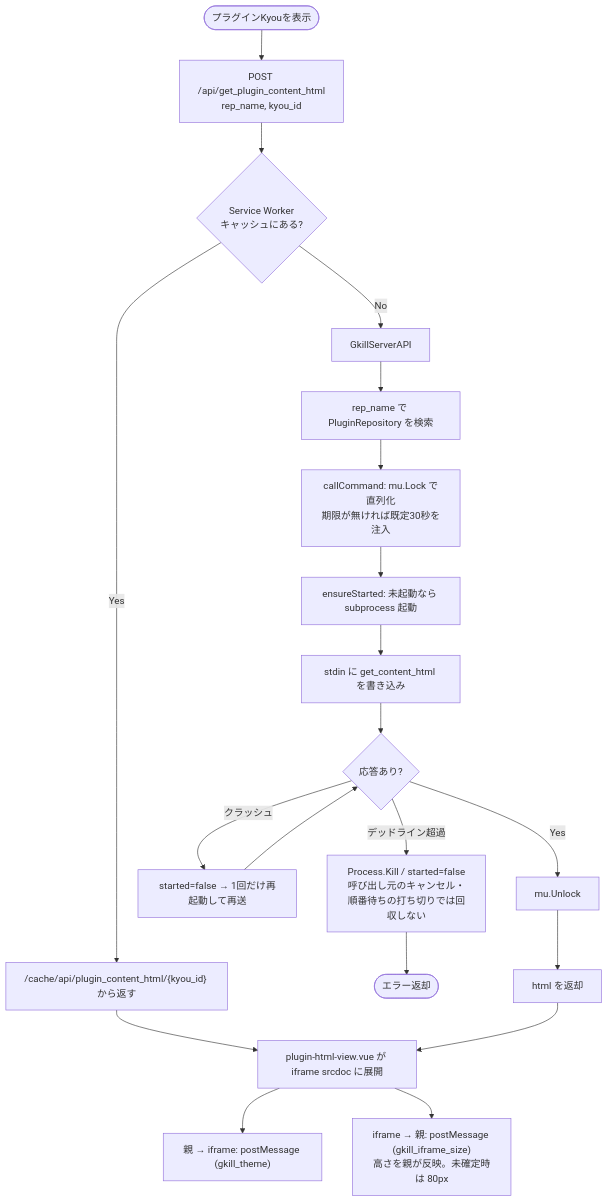
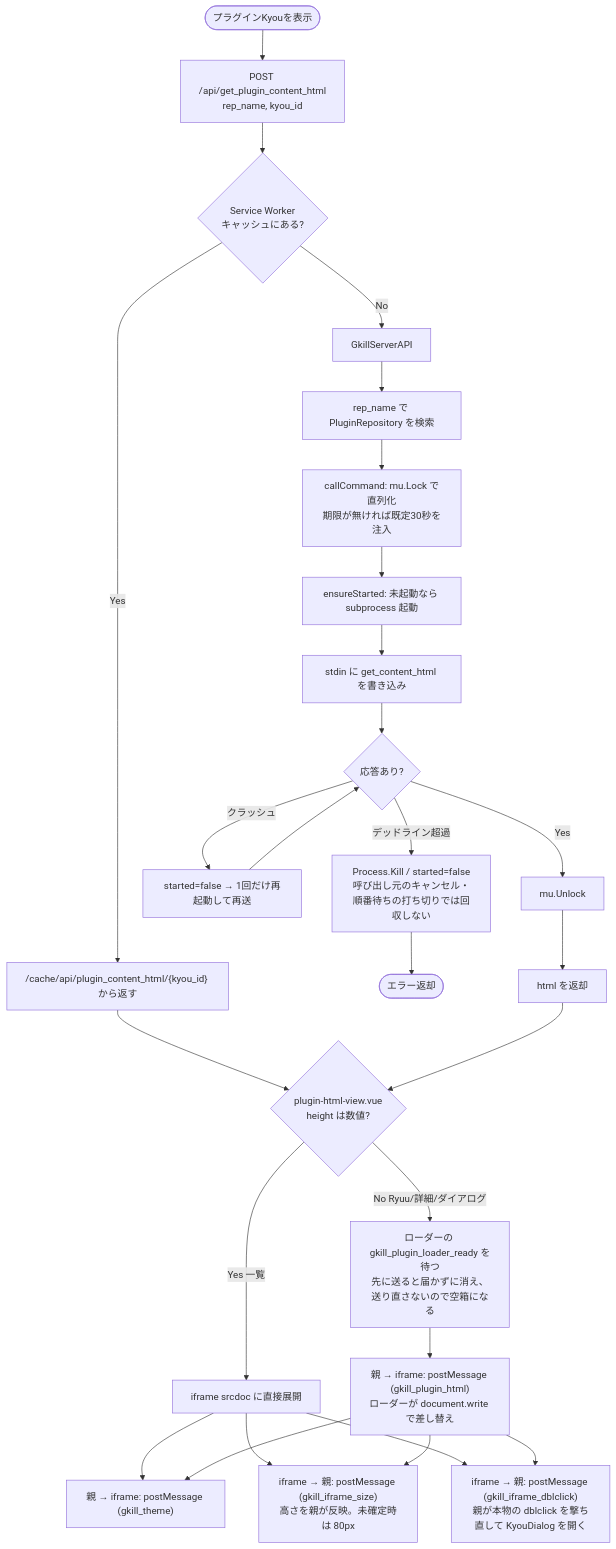
One commit to mt3hr/gkill changed diagram 11 of 15 in documents/reverse/activity-diagrams.md. Above: the diagram before and after it, drawn with Mermaid. The commit also changed other lines of this file and 13 other files, not shown here.

Commit message:
Fix Ryuu KyouDialogが開かない不具合

````diff
--- a/documents/reverse/activity-diagrams.md
+++ b/documents/reverse/activity-diagrams.md
@@ -344,26 +344,34 @@
 ```mermaid
 flowchart TD
     Start([プラグインKyouを表示]) --> Req[POST /api/get_plugin_content_html<br>rep_name, kyou_id]
     Req --> SW{Service Worker<br>キャッシュにある?}
     SW -->|Yes| FromCache["/cache/api/plugin_content_html/{kyou_id} から返す"]
     SW -->|No| Server[GkillServerAPI]
 
     Server --> FindRep[rep_name で PluginRepository を検索]
     FindRep --> Lock[callCommand: mu.Lock で直列化<br>期限が無ければ既定30秒を注入]
     Lock --> Ensure[ensureStarted: 未起動なら subprocess 起動]
     Ensure --> Send[stdin に get_content_html を書き込み]
     Send --> Recv{応答あり?}
 
     Recv -->|デッドライン超過| Kill[Process.Kill / started=false<br>呼び出し元のキャンセル・順番待ちの打ち切りでは回収しない]
     Kill --> ErrOut([エラー返却])
     Recv -->|クラッシュ| Retry[started=false → 1回だけ再起動して再送]
     Retry --> Recv
     Recv -->|Yes| Unlock[mu.Unlock]
 
     Unlock --> Html[html を返却]
     FromCache --> Render
-    Html --> Render[plugin-html-view.vue が iframe srcdoc に展開]
+    Html --> Render{plugin-html-view.vue<br>height は数値?}
 
-    Render --> Theme["親 → iframe: postMessage (gkill_theme)"]
-    Render --> Size["iframe → 親: postMessage (gkill_iframe_size)<br>高さを親が反映。未確定時は 80px"]
+    Render -->|Yes 一覧| Srcdoc[iframe srcdoc に直接展開]
+    Render -->|No Ryuu/詳細/ダイアログ| Wait["ローダーの gkill_plugin_loader_ready を待つ<br>先に送ると届かずに消え、送り直さないので空箱になる"]
+    Wait --> Inject["親 → iframe: postMessage (gkill_plugin_html)<br>ローダーが document.write で差し替え"]
+
+    Srcdoc --> Theme
+    Inject --> Theme["親 → iframe: postMessage (gkill_theme)"]
+    Srcdoc --> Size
+    Inject --> Size["iframe → 親: postMessage (gkill_iframe_size)<br>高さを親が反映。未確定時は 80px"]
+    Srcdoc --> Dbl
+    Inject --> Dbl["iframe → 親: postMessage (gkill_iframe_dblclick)<br>親が本物の dblclick を撃ち直して KyouDialog を開く"]
 ```
````
